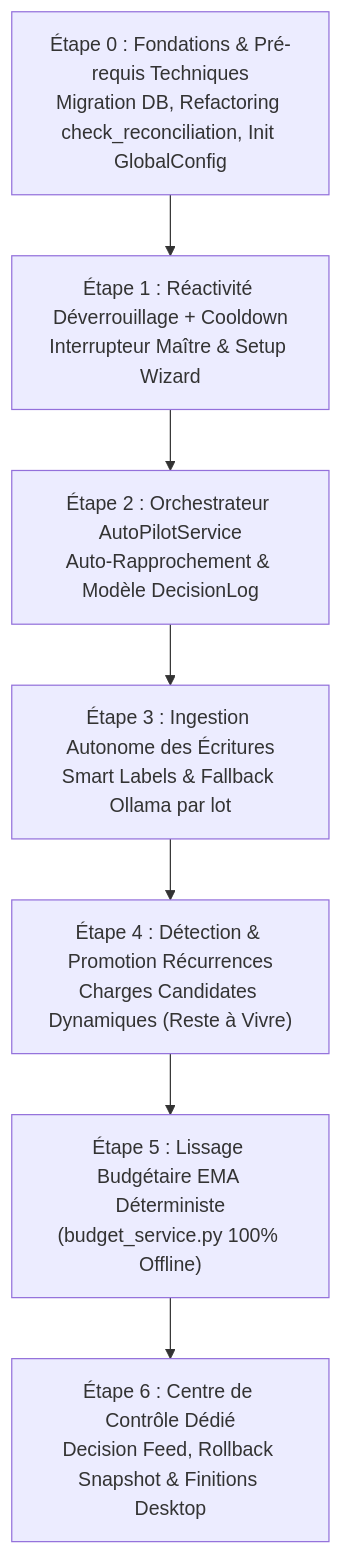
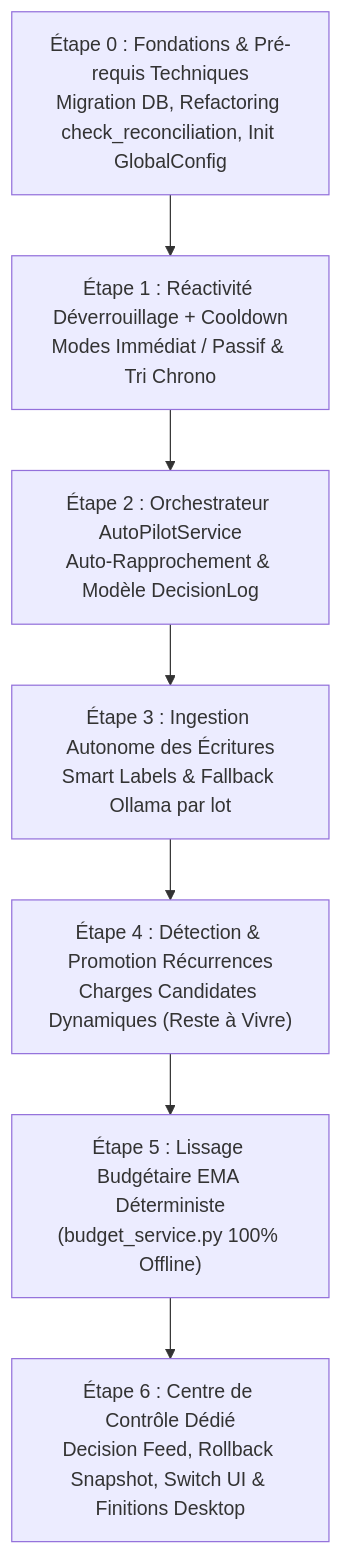
One commit to Aschefr/OmniBank-Local changed the diagram in docs/AUTO_PILOT_ROADMAP.md. Above: the diagram before and after it, drawn with Mermaid. The commit also changed other lines of this file and 20 other files, not shown here.

````diff
--- a/docs/AUTO_PILOT_ROADMAP.md
+++ b/docs/AUTO_PILOT_ROADMAP.md
@@ -467,9 +467,9 @@
 ```mermaid
 graph TD
-    Z["Étape 0 : Fondations & Pré-requis Techniques<br/>Migration DB, Refactoring check_reconciliation, Init GlobalConfig"] --> A["Étape 1 : Réactivité Déverrouillage + Cooldown<br/>Interrupteur Maître & Setup Wizard"]
+    Z["Étape 0 : Fondations & Pré-requis Techniques<br/>Migration DB, Refactoring check_reconciliation, Init GlobalConfig"] --> A["Étape 1 : Réactivité Déverrouillage + Cooldown<br/>Modes Immédiat / Passif & Tri Chrono"]
     A --> B["Étape 2 : Orchestrateur AutoPilotService<br/>Auto-Rapprochement & Modèle DecisionLog"]
     B --> C["Étape 3 : Ingestion Autonome des Écritures<br/>Smart Labels & Fallback Ollama par lot"]
     C --> D["Étape 4 : Détection & Promotion Récurrences<br/>Charges Candidates Dynamiques (Reste à Vivre)"]
     D --> E["Étape 5 : Lissage Budgétaire EMA Déterministe<br/>(budget_service.py 100% Offline)"]
-    E --> F["Étape 6 : Centre de Contrôle Dédié<br/>Decision Feed, Rollback Snapshot & Finitions Desktop"]
+    E --> F["Étape 6 : Centre de Contrôle Dédié<br/>Decision Feed, Rollback Snapshot, Switch UI & Finitions Desktop"]
 ```
````
